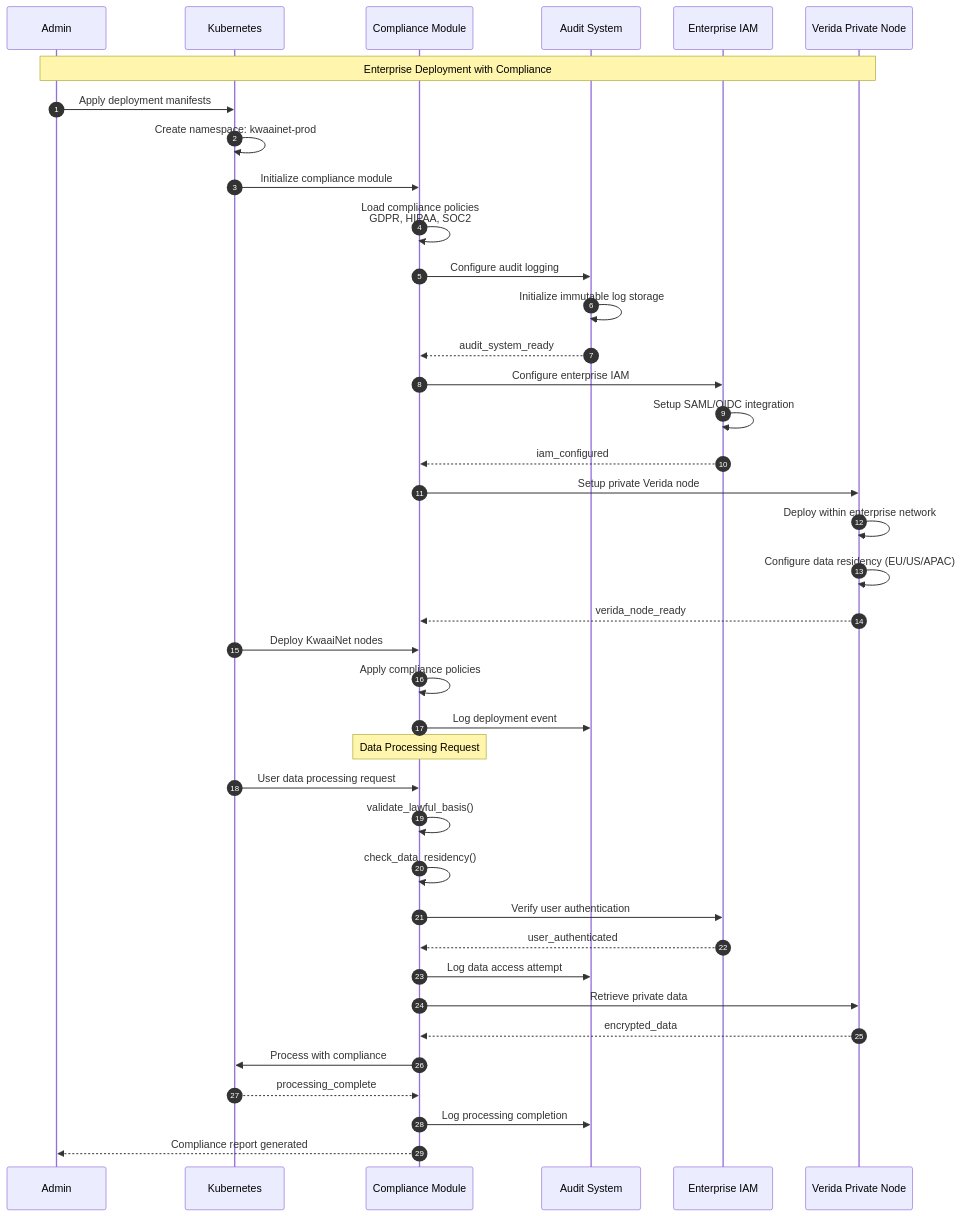
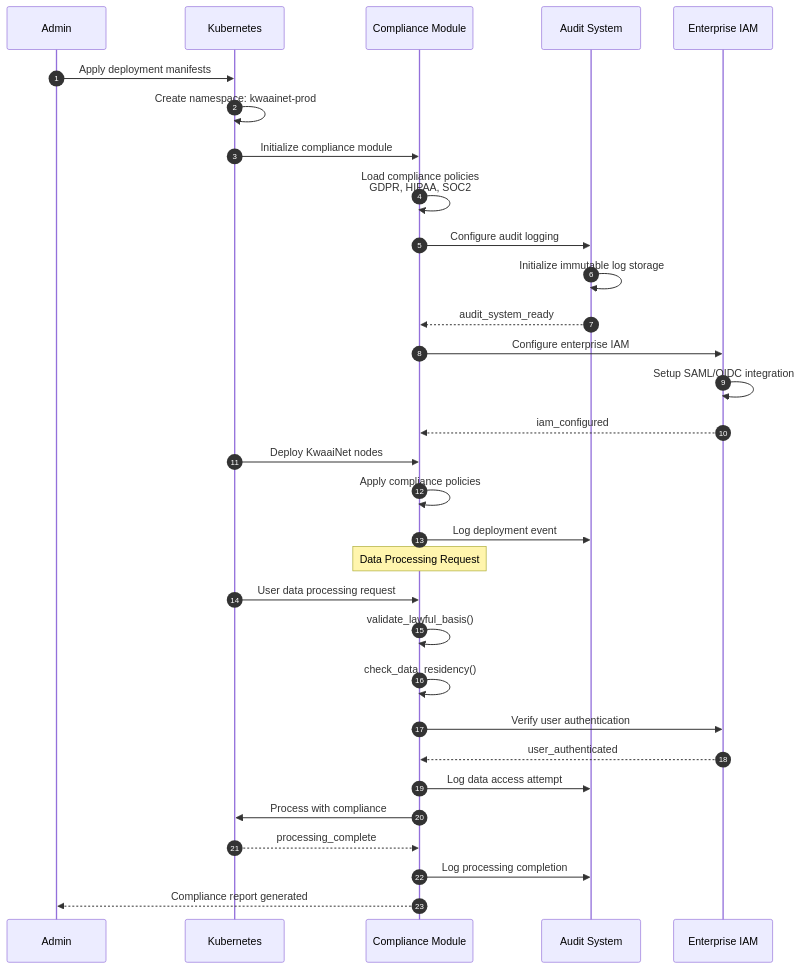
Diagram 15 of 17 in docs/DEPLOYMENT_ARCHITECTURE.md (Kwaai-AI-Lab/KwaaiNet), drawn with Mermaid before and after one commit. The commit also changed other lines of this file and 28 other files, not shown here.

````diff
--- a/docs/DEPLOYMENT_ARCHITECTURE.md
+++ b/docs/DEPLOYMENT_ARCHITECTURE.md
@@ -909,54 +898,46 @@
 ```mermaid
 sequenceDiagram
     autonumber
     participant Admin
     participant K8s as Kubernetes
     participant Compliance as Compliance Module
     participant Audit as Audit System
     participant IAM as Enterprise IAM
-    participant Verida as Verida Private Node
 
-    Note over Admin,Verida: Enterprise Deployment with Compliance
 
     Admin->>K8s: Apply deployment manifests
     K8s->>K8s: Create namespace: kwaainet-prod
 
     K8s->>Compliance: Initialize compliance module
     Compliance->>Compliance: Load compliance policies<br/>GDPR, HIPAA, SOC2
 
     Compliance->>Audit: Configure audit logging
     Audit->>Audit: Initialize immutable log storage
     Audit-->>Compliance: audit_system_ready
 
     Compliance->>IAM: Configure enterprise IAM
     IAM->>IAM: Setup SAML/OIDC integration
     IAM-->>Compliance: iam_configured
 
-    Compliance->>Verida: Setup private Verida node
-    Verida->>Verida: Deploy within enterprise network
-    Verida->>Verida: Configure data residency (EU/US/APAC)
-    Verida-->>Compliance: verida_node_ready
 
     K8s->>Compliance: Deploy KwaaiNet nodes
     Compliance->>Compliance: Apply compliance policies
     Compliance->>Audit: Log deployment event
 
     Note over Compliance: Data Processing Request
 
     K8s->>Compliance: User data processing request
     Compliance->>Compliance: validate_lawful_basis()
     Compliance->>Compliance: check_data_residency()
 
     Compliance->>IAM: Verify user authentication
     IAM-->>Compliance: user_authenticated
 
     Compliance->>Audit: Log data access attempt
-    Compliance->>Verida: Retrieve private data
-    Verida-->>Compliance: encrypted_data
 
     Compliance->>K8s: Process with compliance
     K8s-->>Compliance: processing_complete
     Compliance->>Audit: Log processing completion
 
     Compliance-->>Admin: Compliance report generated
 ```
````
